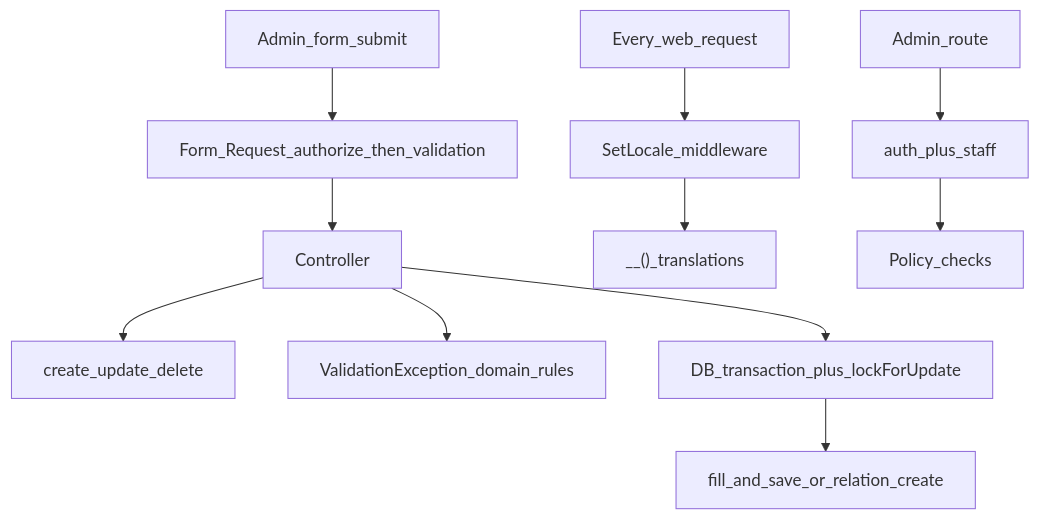
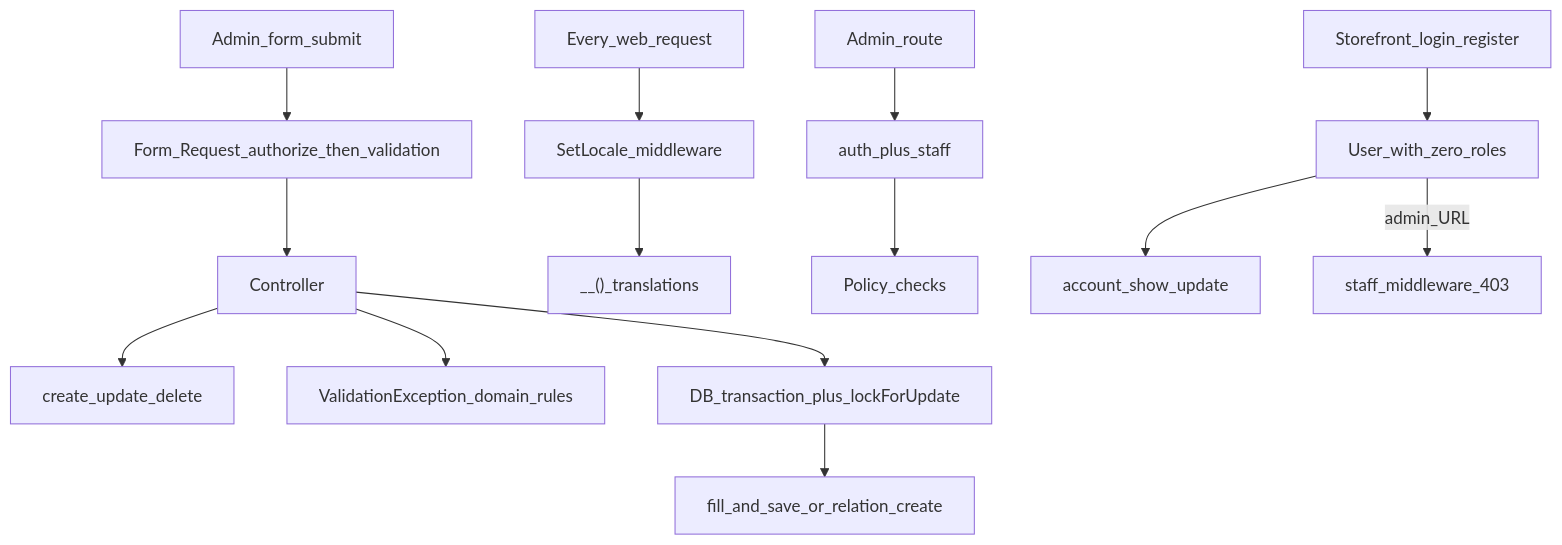
The third of 3 diagrams in LEARNING_GUIDE.md (zeyadnada/captin_perfume), drawn with Mermaid before and after one commit. The commit also changed other lines of this file and 133 other files, not shown here.

````diff
--- a/LEARNING_GUIDE.md
+++ b/LEARNING_GUIDE.md
@@ -303,13 +369,16 @@
 ```mermaid
 flowchart TD
     formSubmit[Admin_form_submit] --> formRequest[Form_Request_authorize_then_validation]
     formRequest --> controller[Controller]
     controller --> simpleCrud[create_update_delete]
     controller --> businessRule[ValidationException_domain_rules]
     controller --> inventoryWrite[DB_transaction_plus_lockForUpdate]
     inventoryWrite --> fillSave[fill_and_save_or_relation_create]
     everyRequest[Every_web_request] --> setLocale[SetLocale_middleware]
     setLocale --> underscore["__()_translations"]
     adminRoute[Admin_route] --> authStaff["auth_plus_staff"]
     authStaff --> policies[Policy_checks]
+    storefrontAuth[Storefront_login_register] --> customerUser[User_with_zero_roles]
+    customerUser --> accountPage[account_show_update]
+    customerUser -->|admin_URL| staffForbidden[staff_middleware_403]
 ```
````
